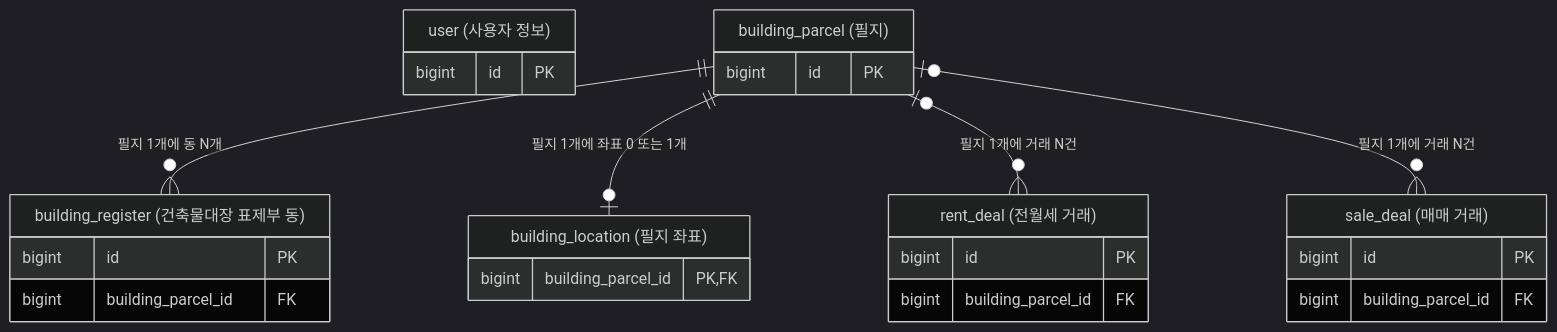
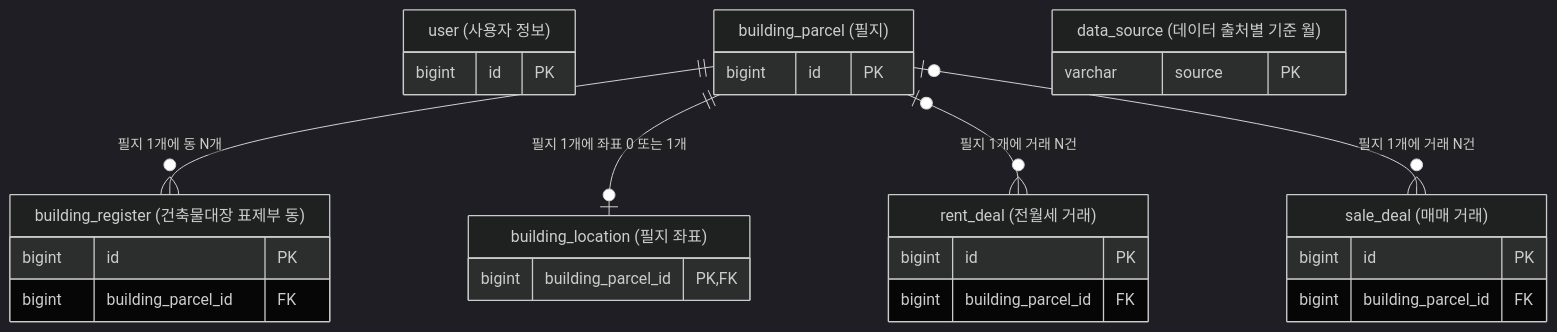
One commit to f-lab-edu/jipsee changed the first of 8 diagrams in docs/erd.md. Above: the diagram before and after it, drawn with Mermaid (dark theme). The commit also changed other lines of this file and 5 other files, not shown here.

````diff
--- a/docs/erd.md
+++ b/docs/erd.md
@@ -5,28 +5,31 @@
 ```mermaid
 erDiagram
     user["user (사용자 정보)"] {
         bigint id PK
     }
     building_parcel ||--o{ building_register : "필지 1개에 동 N개"
     building_parcel["building_parcel (필지)"] {
         bigint id PK
     }
     building_register["building_register (건축물대장 표제부 동)"] {
         bigint id PK
         bigint building_parcel_id FK
     }
     building_parcel ||--o| building_location : "필지 1개에 좌표 0 또는 1개"
     building_location["building_location (필지 좌표)"] {
         bigint building_parcel_id PK, FK
     }
     building_parcel |o--o{ rent_deal : "필지 1개에 거래 N건"
     rent_deal["rent_deal (전월세 거래)"] {
         bigint id PK
         bigint building_parcel_id FK
     }
     building_parcel |o--o{ sale_deal : "필지 1개에 거래 N건"
     sale_deal["sale_deal (매매 거래)"] {
         bigint id PK
         bigint building_parcel_id FK
     }
+    data_source["data_source (데이터 출처별 기준 월)"] {
+        varchar source PK
+    }
 ```
````
